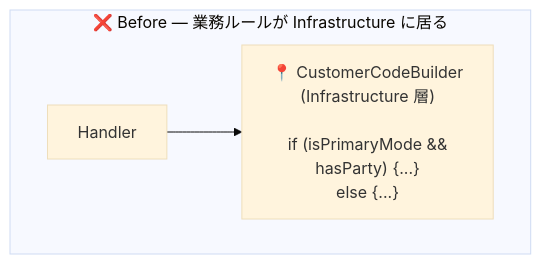
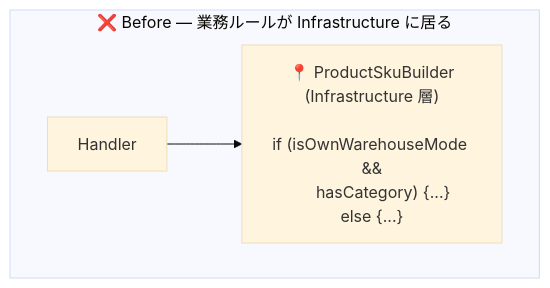
Before and after one commit to SakakitaniJunya/zenn-articles: the first of 5 diagrams in books/clean-arch-book/08-domain-service-strategy.md, drawn with Mermaid (base theme). The commit also changed other lines of this file and 1 other file, not shown here.

First line of the commit message:
docs(book): 第 8 章の題材を ProductSkuBuilder に書き換え (EC ドメイン統一)

````diff
--- a/books/clean-arch-book/08-domain-service-strategy.md
+++ b/books/clean-arch-book/08-domain-service-strategy.md
@@ -70,7 +76,7 @@
 ```mermaid
 flowchart TB
     subgraph Bad["❌ Before — 業務ルールが Infrastructure に居る"]
         H["Handler"] --> B
-        B["📍 CustomerCodeBuilder<br/>(Infrastructure 層)<br/><br/>if (isPrimaryMode &amp;&amp;<br/>     hasParty) {...}<br/>else {...}"]
+        B["📍 ProductSkuBuilder<br/>(Infrastructure 層)<br/><br/>if (isOwnWarehouseMode &amp;&amp;<br/>     hasCategory) {...}<br/>else {...}"]
     end
 ```
````
